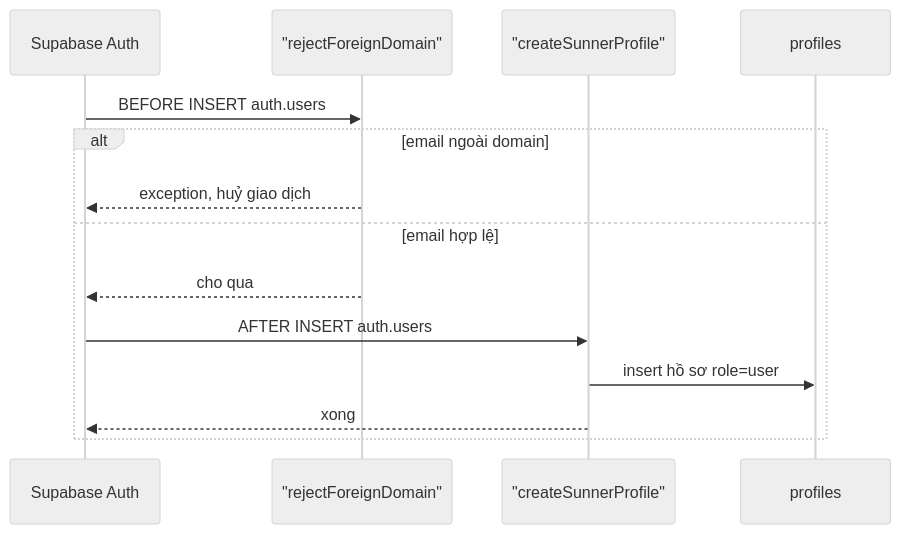
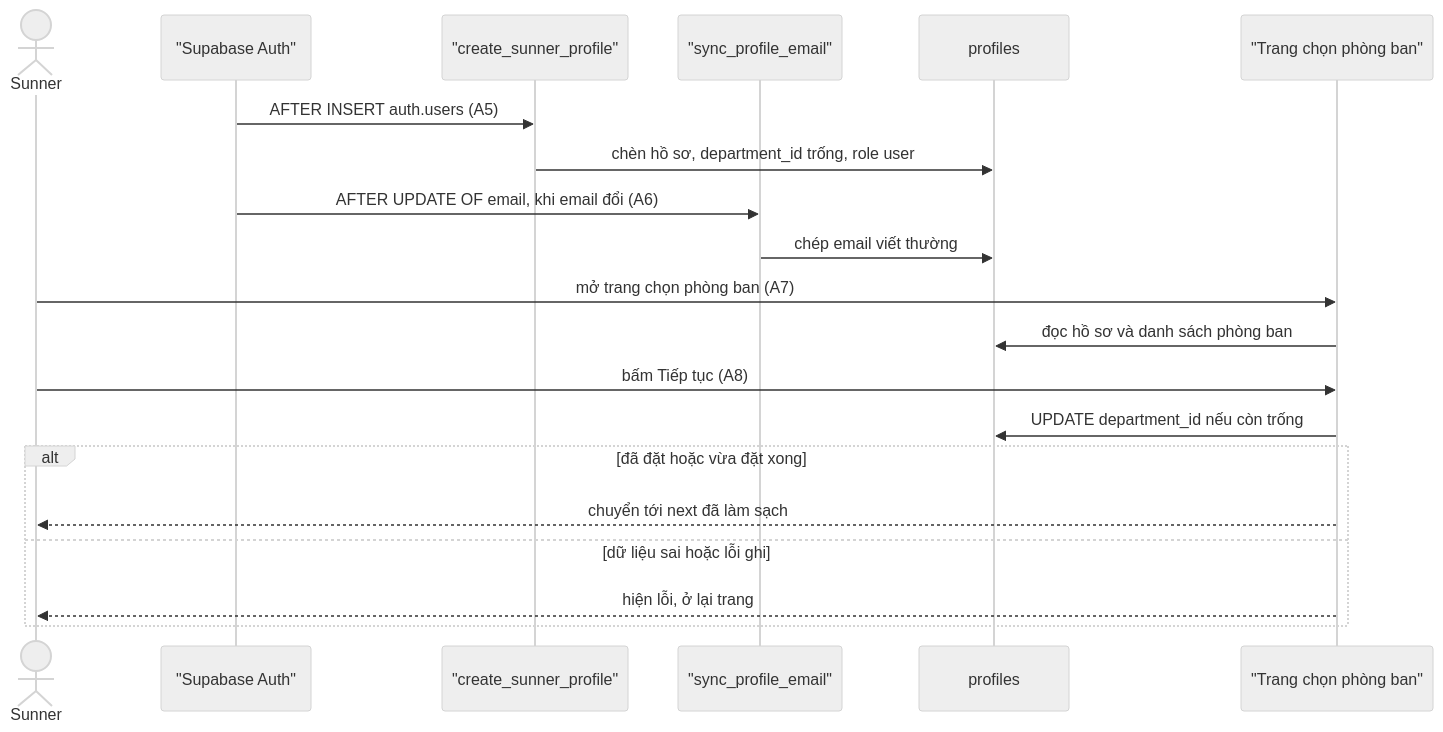
Before and after one commit to hailv-3571/agentic-coding-hands-on: the third of 7 diagrams in docs/features/F001_Auth/technical-spec.md, drawn with Mermaid (neutral theme). The commit also changed other lines of this file and 250 other files, not shown here.

````diff
--- a/docs/features/F001_Auth/technical-spec.md
+++ b/docs/features/F001_Auth/technical-spec.md
@@ -157,16 +192,23 @@
 ```mermaid
 sequenceDiagram
-    participant S as Supabase Auth
-    participant T1 as "rejectForeignDomain"
-    participant T2 as "createSunnerProfile"
-    participant D as profiles
-    S->>T1: BEFORE INSERT auth.users
-    alt email ngoài domain
-        T1-->>S: exception, huỷ giao dịch
-    else email hợp lệ
-        T1-->>S: cho qua
-        S->>T2: AFTER INSERT auth.users
-        T2->>D: insert hồ sơ role=user
-        T2-->>S: xong
+    actor U as Sunner
+    participant S as "Supabase Auth"
+    participant T as "create_sunner_profile"
+    participant M as "sync_profile_email"
+    participant P as profiles
+    participant O as "Trang chọn phòng ban"
+
+    S->>T: AFTER INSERT auth.users (A5)
+    T->>P: chèn hồ sơ, department_id trống, role user
+    S->>M: AFTER UPDATE OF email, khi email đổi (A6)
+    M->>P: chép email viết thường
+    U->>O: mở trang chọn phòng ban (A7)
+    O->>P: đọc hồ sơ và danh sách phòng ban
+    U->>O: bấm Tiếp tục (A8)
+    O->>P: UPDATE department_id nếu còn trống
+    alt đã đặt hoặc vừa đặt xong
+        O-->>U: chuyển tới next đã làm sạch
+    else dữ liệu sai hoặc lỗi ghi
+        O-->>U: hiện lỗi, ở lại trang
     end
 ```
````
